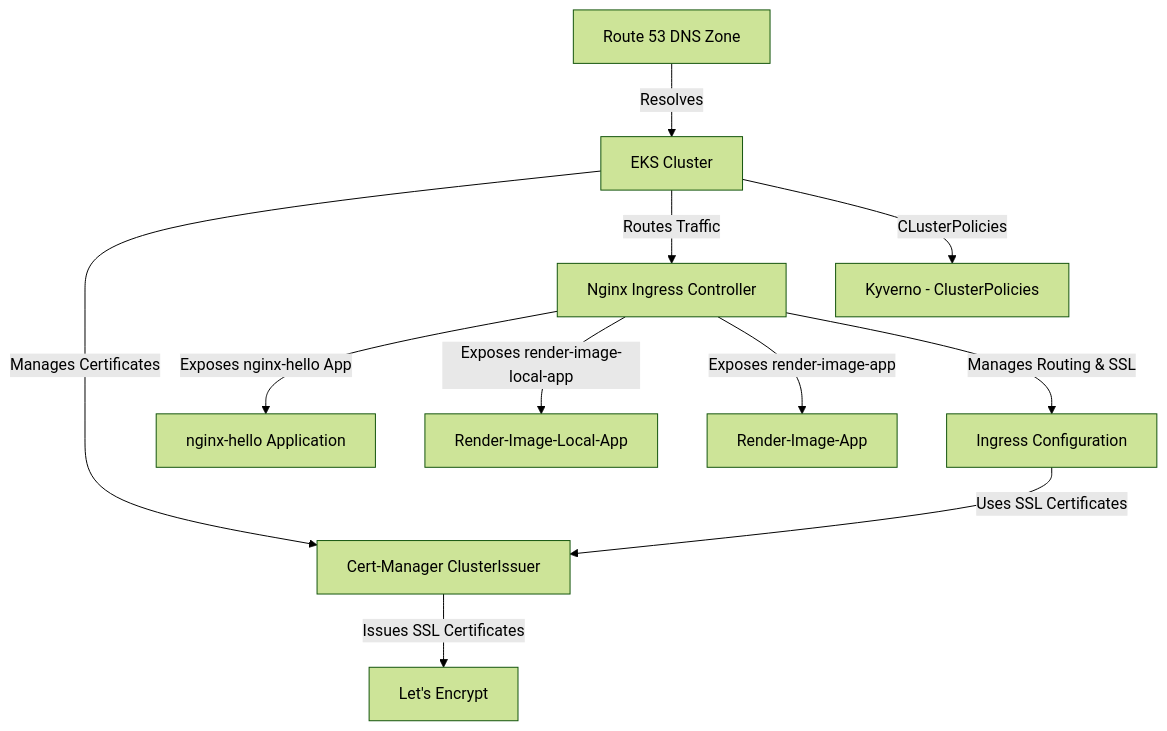
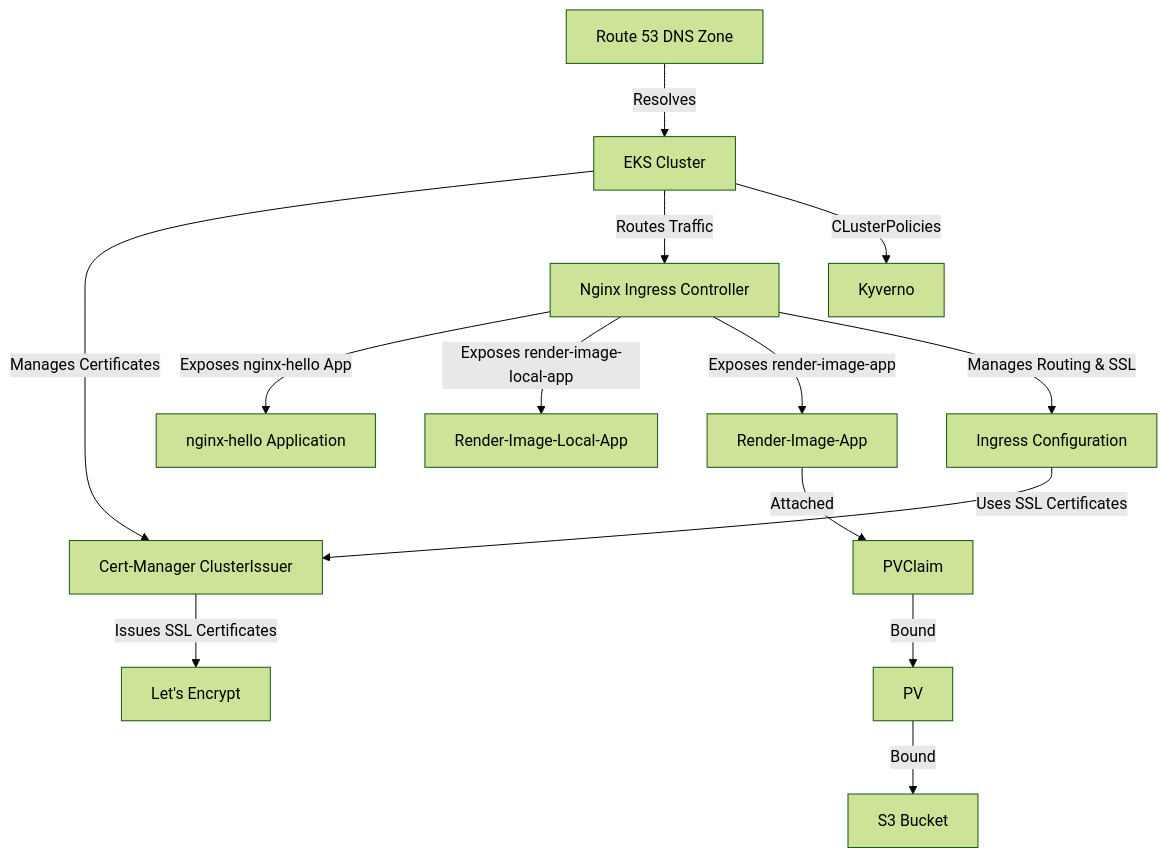
The diagram in accounts/new-work/workload/configuration/README.md (FedericoDelSaz/EKS-S3-AWS), drawn with Mermaid (forest theme) before and after one commit.

````diff
--- a/accounts/new-work/workload/configuration/README.md
+++ b/accounts/new-work/workload/configuration/README.md
@@ -50,15 +50,17 @@
 ```mermaid
 graph TD;
   A[Route 53 DNS Zone] -->|Resolves| B[EKS Cluster];
   B -->|Manages Certificates| C[Cert-Manager ClusterIssuer];
   C -->|Issues SSL Certificates| D[Let's Encrypt];
   B -->|Routes Traffic| E[Nginx Ingress Controller];
   B -->|CLusterPolicies| J[Kyverno];
   E -->|Exposes nginx-hello App| F[nginx-hello Application];
   E -->|Exposes render-image-local-app| G[Render-Image-Local-App];
   E -->|Exposes render-image-app| H[Render-Image-App];
+  H -->|Attached| F5[PVClaim]
+  F5 -->|Bound| F6[PV]
+  F6 -->|Bound| F1[S3 Bucket]
   E -->|Manages Routing & SSL| I[Ingress Configuration];
   I -->|Uses SSL Certificates| C;
-  J[Kyverno - ClusterPolicies];
 
 ```  
````
